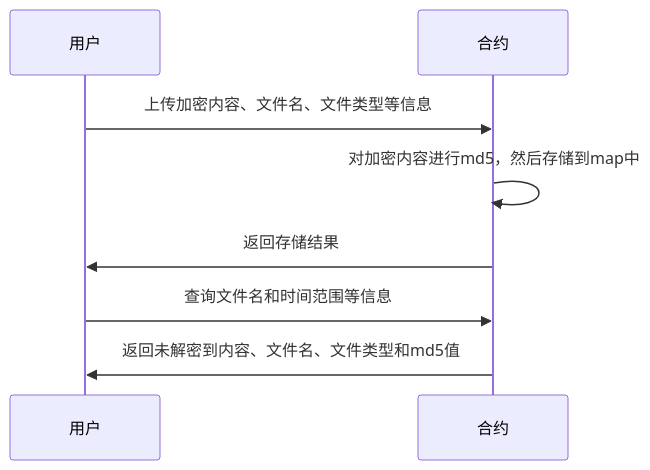
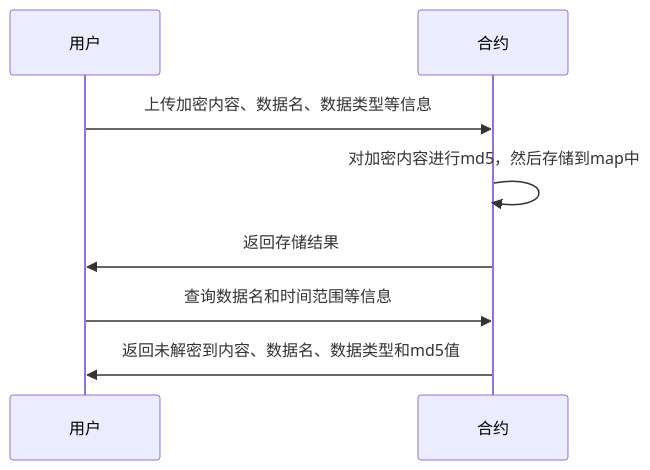
One commit to MoyunRz/store-data changed the second of 5 diagrams in doc/合约存取共享.md. Above: the diagram before and after it, drawn with Mermaid. The commit also changed other lines of this file, not shown here.

````diff
--- a/doc/合约存取共享.md
+++ b/doc/合约存取共享.md
@@ -25,12 +25,12 @@
 ```mermaid
 sequenceDiagram
     participant 用户
     participant 合约
 
-    用户->>合约: 上传加密内容、文件名、文件类型等信息
+    用户->>合约: 上传加密内容、数据名、数据类型等信息
     合约->>合约: 对加密内容进行md5，然后存储到map中
     合约->>用户: 返回存储结果
-    用户->>合约: 查询文件名和时间范围等信息
-    合约->>用户: 返回未解密到内容、文件名、文件类型和md5值
+    用户->>合约: 查询数据名和时间范围等信息
+    合约->>用户: 返回未解密到内容、数据名、数据类型和md5值
 
 ```
````
